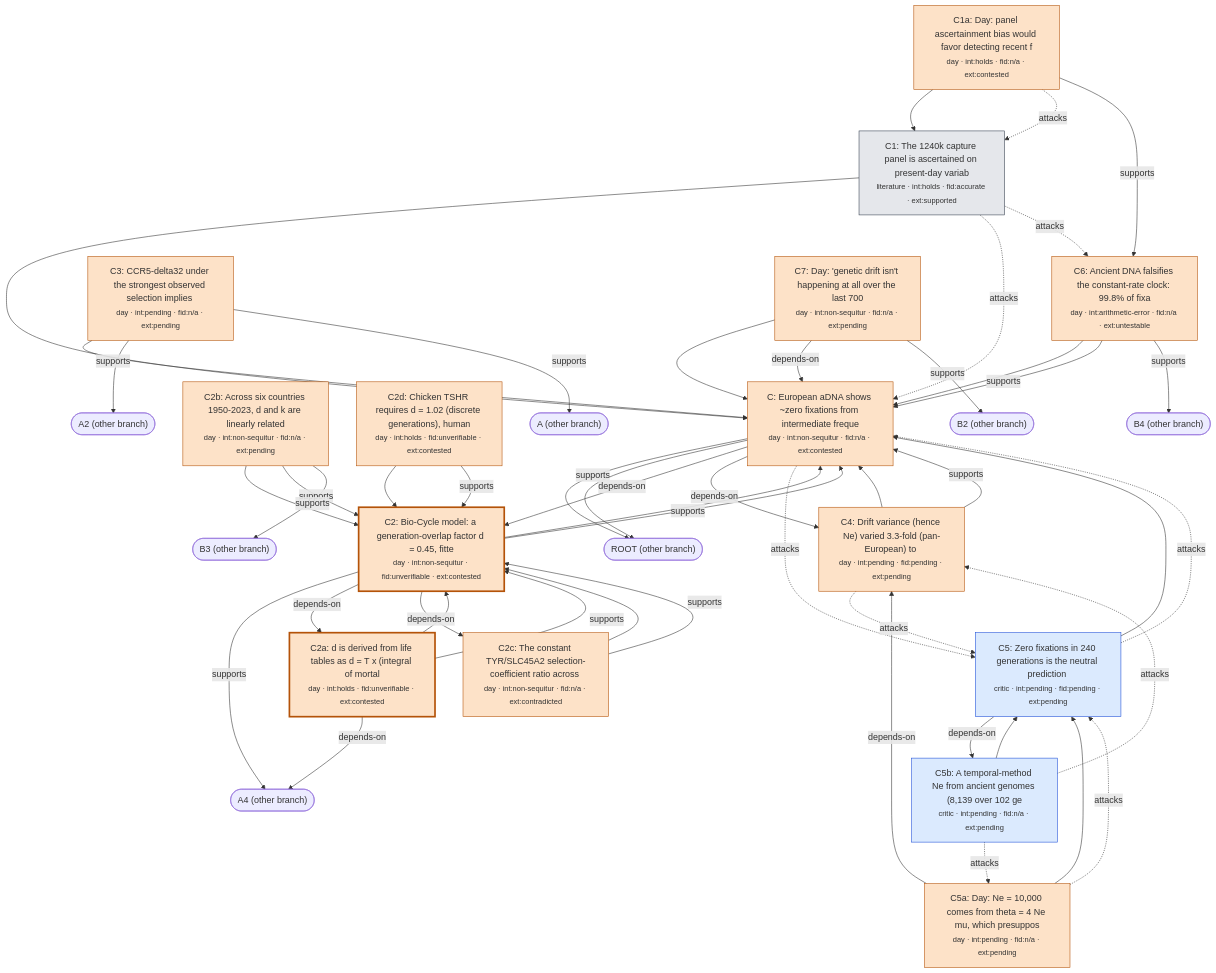
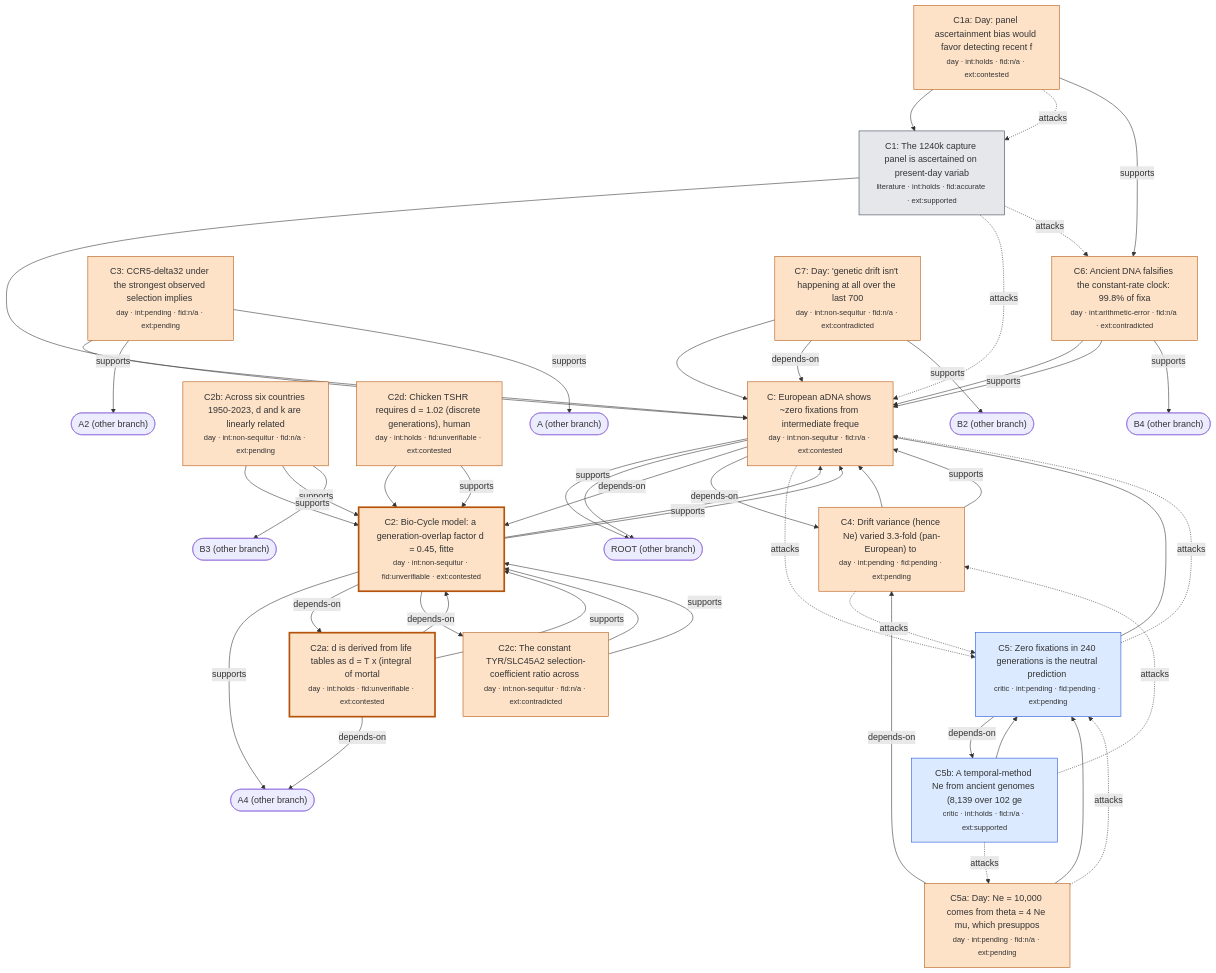
One commit to nickallevato/evo-sim changed the diagram in docs/research/hierarchy/branch-C.md. Above: the diagram before and after it, drawn with Mermaid. The commit also changed 50 other files, not shown here.

First line of the commit message:
Integrate R4 C1c, C1d, D1 (reviews #9-#11): C6/C7 contradicted as stated, C5b holds (slip ledger)/supported, B2e contested, D1d supported, D2h partial; A3 load-bearing; defeaters d279-d300; post 9; board v19

```diff
--- a/docs/research/hierarchy/branch-C.md
+++ b/docs/research/hierarchy/branch-C.md
@@ -64,17 +64,17 @@
   n_C5a --> n_C5
   n_C5a -.->|attacks| n_C5
   n_C5a -->|depends-on| n_C4
-  n_C5b["C5b: A temporal-method Ne from ancient genomes (8,139 over 102 ge<br/><small>critic · int:pending · fid:n/a · ext:pending</small>"]
+  n_C5b["C5b: A temporal-method Ne from ancient genomes (8,139 over 102 ge<br/><small>critic · int:holds · fid:n/a · ext:supported</small>"]
   style n_C5b fill:#dbeafe,stroke:#1d4ed8
   n_C5b --> n_C5
   n_C5b -.->|attacks| n_C5a
   n_C5b -.->|attacks| n_C4
-  n_C6["C6: Ancient DNA falsifies the constant-rate clock: 99.8% of fixa<br/><small>day · int:arithmetic-error · fid:n/a · ext:untestable</small>"]
+  n_C6["C6: Ancient DNA falsifies the constant-rate clock: 99.8% of fixa<br/><small>day · int:arithmetic-error · fid:n/a · ext:contradicted</small>"]
   style n_C6 fill:#fde2c8,stroke:#b45309
   n_C6 --> n_C
   n_C6 -->|supports| n_C
   n_C6 -->|supports| n_B4
-  n_C7["C7: Day: 'genetic drift isn't happening at all over the last 700<br/><small>day · int:non-sequitur · fid:n/a · ext:pending</small>"]
+  n_C7["C7: Day: 'genetic drift isn't happening at all over the last 700<br/><small>day · int:non-sequitur · fid:n/a · ext:contradicted</small>"]
   style n_C7 fill:#fde2c8,stroke:#b45309
   n_C7 --> n_C
   n_C7 -->|depends-on| n_C
```
